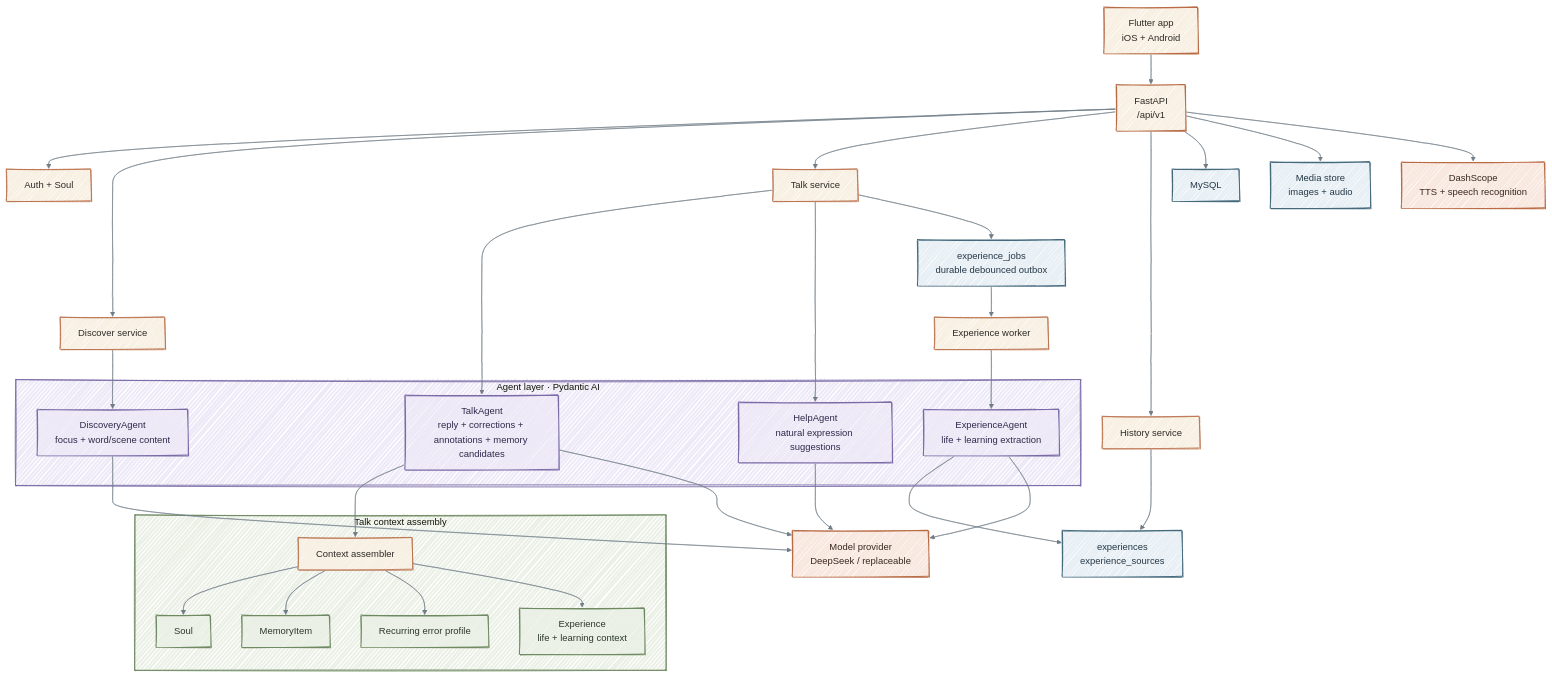
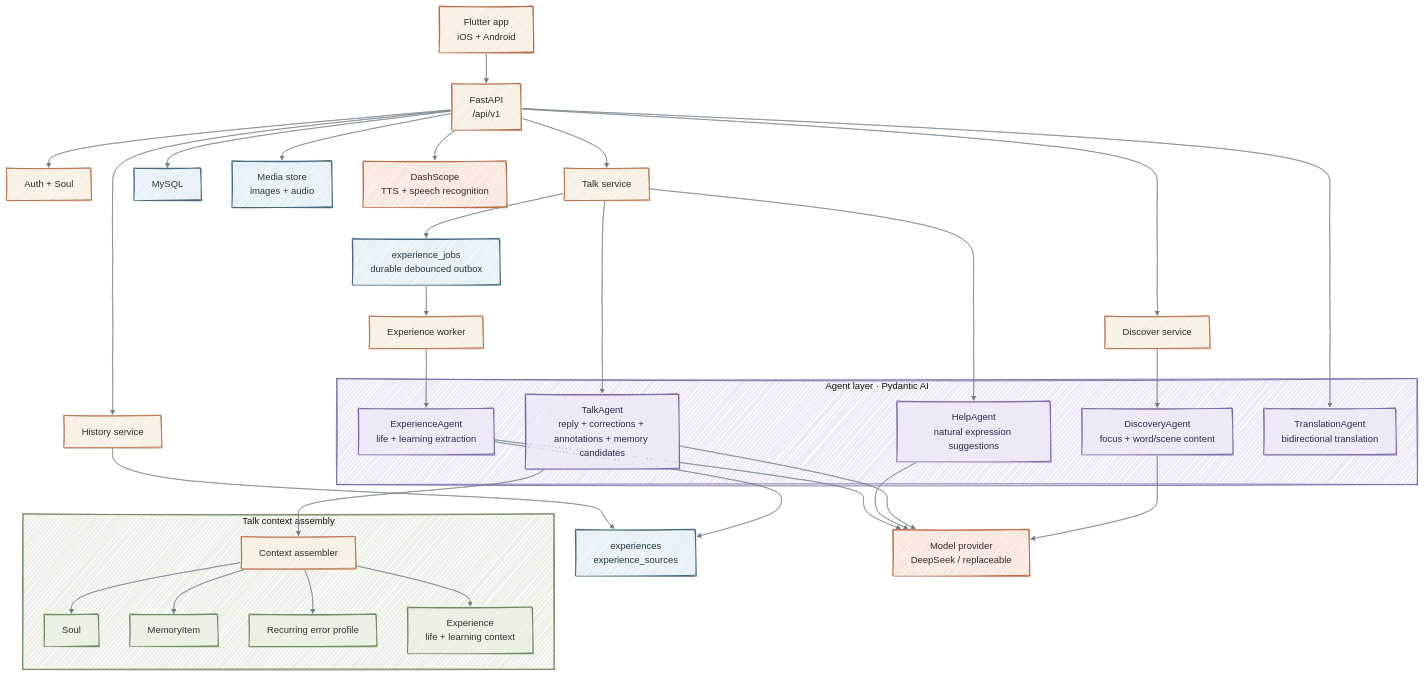
The second of 4 diagrams in README.md (ZhangPeibin/Named), drawn with Mermaid before and after one commit. The commit also changed other lines of this file and 13 other files, not shown here.

Commit message:
feat: add talk text translation and copy actions

````diff
--- a/README.md
+++ b/README.md
@@ -93,75 +94,77 @@
 ```mermaid
 %%{init: {
   "theme": "base",
   "look": "handDrawn",
   "themeVariables": {
     "background": "#FBF8F2",
     "primaryColor": "#F7F0E3",
     "primaryTextColor": "#2D2A26",
     "primaryBorderColor": "#B86B45",
     "lineColor": "#6F7C86",
     "secondaryColor": "#E8F0F5",
     "tertiaryColor": "#EDE9F7",
     "fontFamily": "ui-rounded, Trebuchet MS, sans-serif"
   }
 }}%%
 flowchart TB
     App["Flutter app<br/>iOS + Android"] --> API["FastAPI<br/>/api/v1"]
 
     API --> Auth["Auth + Soul"]
     API --> Discover["Discover service"]
     API --> Talk["Talk service"]
     API --> History["History service"]
 
     subgraph AgentLayer["Agent layer · Pydantic AI"]
         DiscoveryAgent["DiscoveryAgent<br/>focus + word/scene content"]
         TalkAgent["TalkAgent<br/>reply + corrections + annotations + memory candidates"]
         HelpAgent["HelpAgent<br/>natural expression suggestions"]
         ExperienceAgent["ExperienceAgent<br/>life + learning extraction"]
+        TranslationAgent["TranslationAgent<br/>bidirectional translation"]
     end
 
     Discover --> DiscoveryAgent
     Talk --> TalkAgent
     Talk --> HelpAgent
+    API --> TranslationAgent
 
     subgraph ContextLayer["Talk context assembly"]
         Context["Context assembler"]
         Soul["Soul"]
         Memory["MemoryItem"]
         Errors["Recurring error profile"]
         Experiences["Experience<br/>life + learning context"]
     end
 
     TalkAgent --> Context
     Context --> Soul
     Context --> Memory
     Context --> Errors
     Context --> Experiences
 
     Talk --> Queue["experience_jobs<br/>durable debounced outbox"]
     Queue --> Worker["Experience worker"]
     Worker --> ExperienceAgent
     ExperienceAgent --> ExperienceStore["experiences<br/>experience_sources"]
     History --> ExperienceStore
 
     DiscoveryAgent --> Model["Model provider<br/>DeepSeek / replaceable"]
     TalkAgent --> Model
     HelpAgent --> Model
     ExperienceAgent --> Model
     API --> DB["MySQL"]
     API --> Media["Media store<br/>images + audio"]
     API --> Speech["DashScope<br/>TTS + speech recognition"]
 
     classDef warm fill:#F7F0E3,stroke:#B86B45,stroke-width:1.7px,color:#2D2A26
     classDef blue fill:#E8F0F5,stroke:#456A7C,stroke-width:1.7px,color:#243746
     classDef sage fill:#EAF0E5,stroke:#6F8A62,stroke-width:1.7px,color:#2C3828
     classDef lavender fill:#EDE9F7,stroke:#7A6AA6,stroke-width:1.7px,color:#30294A
     classDef peach fill:#F8E8DF,stroke:#B86B45,stroke-width:1.7px,color:#3A2820
     class App,API warm
     class Soul,Memory,Errors,Experiences sage
-    class DiscoveryAgent,TalkAgent,HelpAgent,ExperienceAgent lavender
+    class DiscoveryAgent,TalkAgent,HelpAgent,ExperienceAgent,TranslationAgent lavender
     class Model,Speech peach
     class DB,Media,Queue,ExperienceStore blue
     style ContextLayer fill:#EAF0E5,stroke:#6F8A62,stroke-width:1.5px
     style AgentLayer fill:#EDE9F7,stroke:#7A6AA6,stroke-width:1.5px
 ```
````
